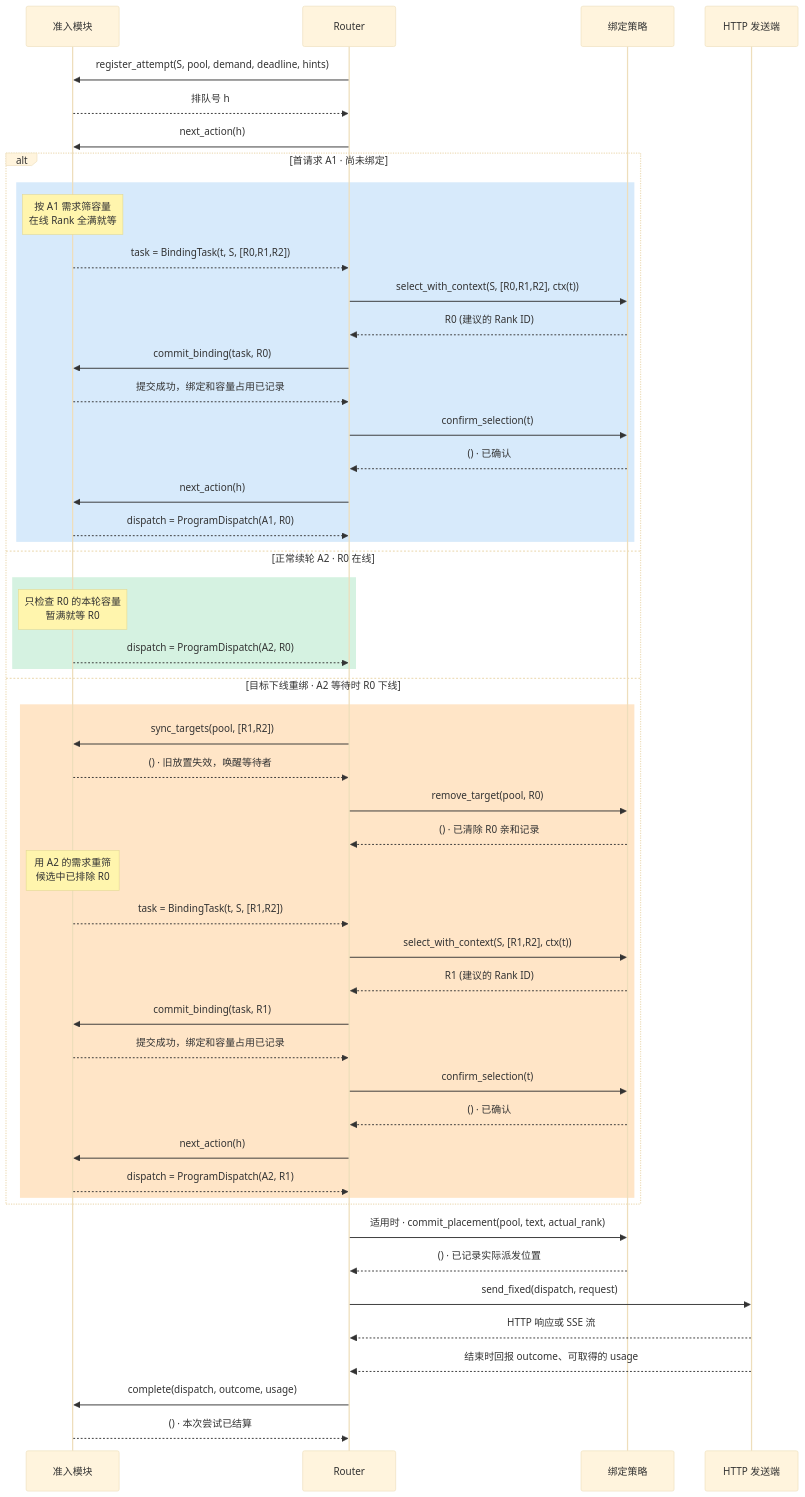
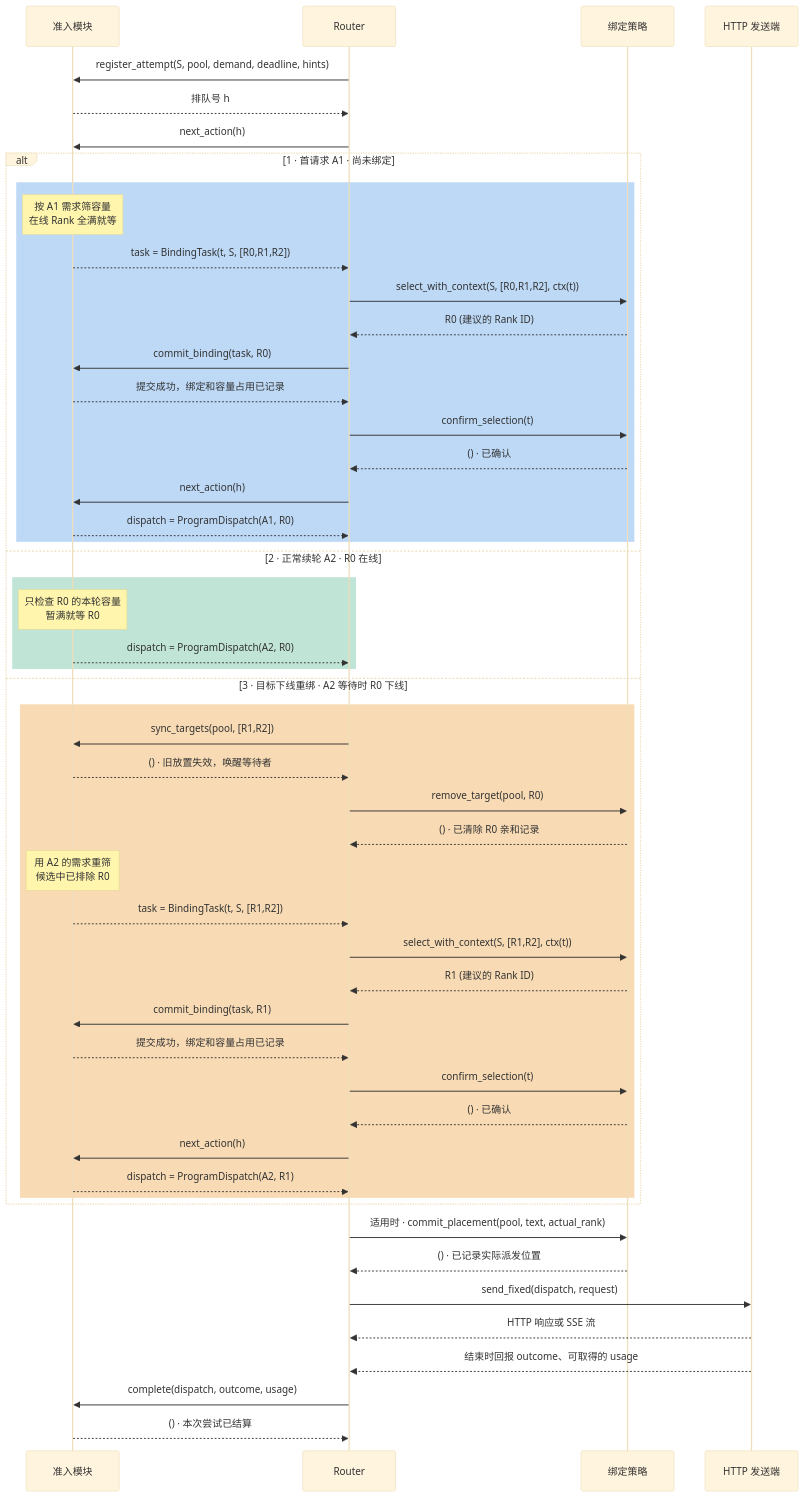
One commit to LiangTengwen/router changed the third of 4 diagrams in docs/program_scheduling/rfc-capacity-first-admission.zh-CN.md. Above: the diagram before and after it, drawn with Mermaid (base theme). The commit also changed other lines of this file, not shown here.

Commit message:
docs: improve admission sequence diagram contrast in dark mode

````diff
--- a/docs/program_scheduling/rfc-capacity-first-admission.zh-CN.md
+++ b/docs/program_scheduling/rfc-capacity-first-admission.zh-CN.md
@@ -148,53 +148,53 @@
 ```mermaid
 sequenceDiagram
     participant A as 准入模块
     participant R as Router
     participant P as 绑定策略
     participant H as HTTP 发送端
     R->>A: register_attempt(S, pool, demand, deadline, hints)
     A-->>R: 排队号 h
     R->>A: next_action(h)
-    alt 首请求 A1 · 尚未绑定
-        rect rgb(215, 234, 251)
+    alt 1 · 首请求 A1 · 尚未绑定
+        rect rgba(29, 125, 222, 0.29)
             Note over A: 按 A1 需求筛容量<br/>在线 Rank 全满就等
             A-->>R: task = BindingTask(t, S, [R0,R1,R2])
             R->>P: select_with_context(S, [R0,R1,R2], ctx(t))
             P-->>R: R0 (建议的 Rank ID)
             R->>A: commit_binding(task, R0)
             A-->>R: 提交成功，绑定和容量占用已记录
             R->>P: confirm_selection(t)
             P-->>R: () · 已确认
             R->>A: next_action(h)
             A-->>R: dispatch = ProgramDispatch(A1, R0)
         end
-    else 正常续轮 A2 · R0 在线
-        rect rgb(213, 242, 225)
+    else 2 · 正常续轮 A2 · R0 在线
+        rect rgba(24, 154, 105, 0.27)
             Note over A: 只检查 R0 的本轮容量<br/>暂满就等 R0
             A-->>R: dispatch = ProgramDispatch(A2, R0)
         end
-    else 目标下线重绑 · A2 等待时 R0 下线
-        rect rgb(255, 229, 199)
+    else 3 · 目标下线重绑 · A2 等待时 R0 下线
+        rect rgba(234, 144, 24, 0.32)
             R->>A: sync_targets(pool, [R1,R2])
             A-->>R: () · 旧放置失效，唤醒等待者
             R->>P: remove_target(pool, R0)
             P-->>R: () · 已清除 R0 亲和记录
             Note over A: 用 A2 的需求重筛<br/>候选中已排除 R0
             A-->>R: task = BindingTask(t, S, [R1,R2])
             R->>P: select_with_context(S, [R1,R2], ctx(t))
             P-->>R: R1 (建议的 Rank ID)
             R->>A: commit_binding(task, R1)
             A-->>R: 提交成功，绑定和容量占用已记录
             R->>P: confirm_selection(t)
             P-->>R: () · 已确认
             R->>A: next_action(h)
             A-->>R: dispatch = ProgramDispatch(A2, R1)
         end
     end
     R->>P: 适用时 · commit_placement(pool, text, actual_rank)
     P-->>R: () · 已记录实际派发位置
     R->>H: send_fixed(dispatch, request)
     H-->>R: HTTP 响应或 SSE 流
     H-->>R: 结束时回报 outcome、可取得的 usage
     R->>A: complete(dispatch, outcome, usage)
     A-->>R: () · 本次尝试已结算
 ```
````
